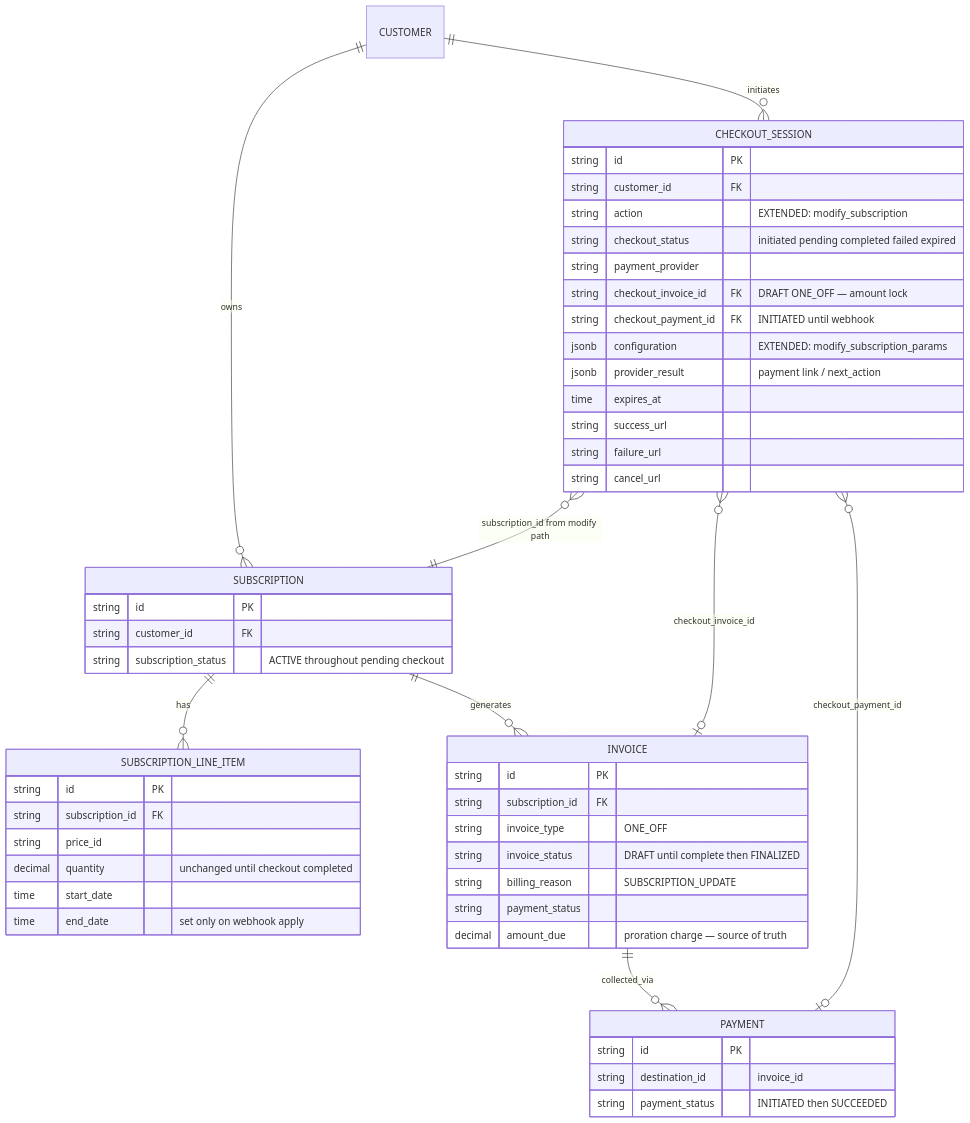
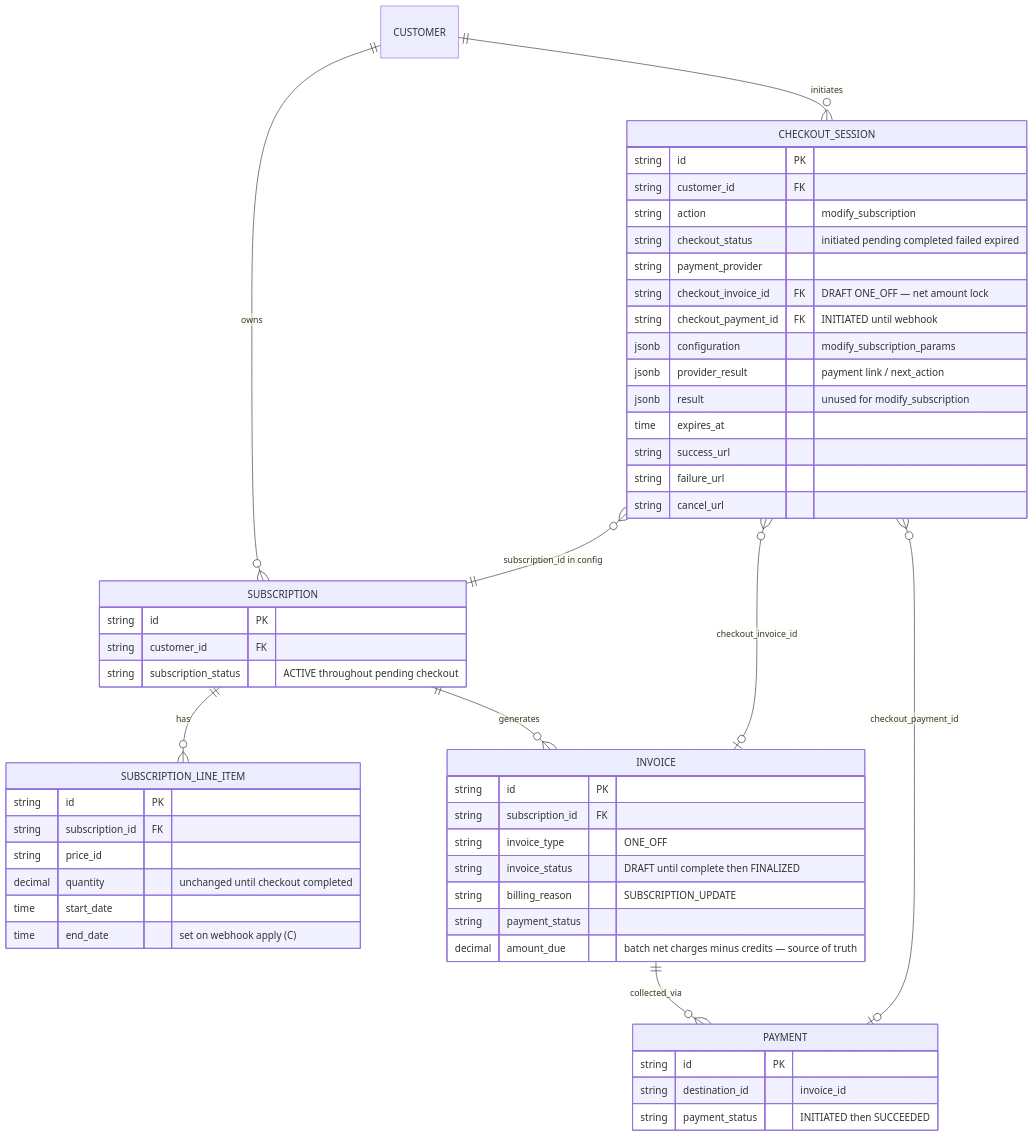
Before and after one commit to flexprice/flexprice: the diagram in docs/design/2026-07-17-payment-gated-quantity-change.md, drawn with Mermaid. The commit also changed other lines of this file, not shown here.

Commit message:
Updated ERD

````diff
--- a/docs/design/2026-07-17-payment-gated-quantity-change.md
+++ b/docs/design/2026-07-17-payment-gated-quantity-change.md
@@ -121,58 +172,59 @@
 ```mermaid
 erDiagram
     CUSTOMER ||--o{ SUBSCRIPTION : "owns"
     CUSTOMER ||--o{ CHECKOUT_SESSION : "initiates"
     SUBSCRIPTION ||--o{ SUBSCRIPTION_LINE_ITEM : "has"
     SUBSCRIPTION ||--o{ INVOICE : "generates"
     INVOICE ||--o{ PAYMENT : "collected_via"
     CHECKOUT_SESSION }o--o| INVOICE : "checkout_invoice_id"
     CHECKOUT_SESSION }o--o| PAYMENT : "checkout_payment_id"
-    CHECKOUT_SESSION }o--|| SUBSCRIPTION : "subscription_id from modify path"
+    CHECKOUT_SESSION }o--|| SUBSCRIPTION : "subscription_id in config"
 
     CHECKOUT_SESSION {
         string id PK
         string customer_id FK
-        string action "EXTENDED: modify_subscription"
+        string action "modify_subscription"
         string checkout_status "initiated pending completed failed expired"
         string payment_provider
-        string checkout_invoice_id FK "DRAFT ONE_OFF — amount lock"
+        string checkout_invoice_id FK "DRAFT ONE_OFF — net amount lock"
         string checkout_payment_id FK "INITIATED until webhook"
-        jsonb configuration "EXTENDED: modify_subscription_params"
+        jsonb configuration "modify_subscription_params"
         jsonb provider_result "payment link / next_action"
+        jsonb result "unused for modify_subscription"
         time expires_at
         string success_url
         string failure_url
         string cancel_url
     }
 
     SUBSCRIPTION {
         string id PK
         string customer_id FK
         string subscription_status "ACTIVE throughout pending checkout"
     }
 
     SUBSCRIPTION_LINE_ITEM {
         string id PK
         string subscription_id FK
         string price_id
         decimal quantity "unchanged until checkout completed"
         time start_date
-        time end_date "set only on webhook apply"
+        time end_date "set on webhook apply (C)"
     }
 
     INVOICE {
         string id PK
         string subscription_id FK
         string invoice_type "ONE_OFF"
         string invoice_status "DRAFT until complete then FINALIZED"
         string billing_reason "SUBSCRIPTION_UPDATE"
         string payment_status
-        decimal amount_due "proration charge — source of truth"
+        decimal amount_due "batch net charges minus credits — source of truth"
     }
 
     PAYMENT {
         string id PK
         string destination_id "invoice_id"
         string payment_status "INITIATED then SUCCEEDED"
     }
 ```
````
